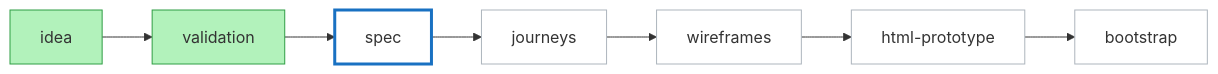
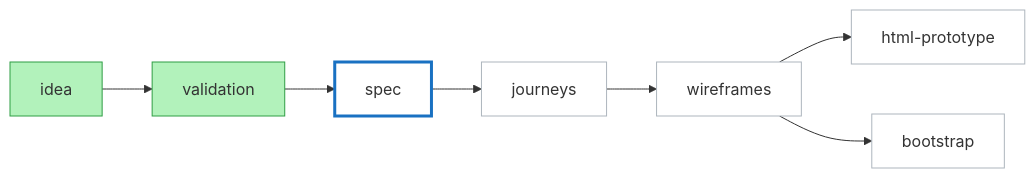
Before and after one commit to eibrahim95/fullstack-bootstrapper: the diagram in .agents/skills/project/references/progress.md, drawn with Mermaid. The commit also changed other lines of this file and 4 other files, not shown here.

Commit message:
feat(skills): hand html-prototype and bootstrap to parallel background threads

````diff
--- a/.agents/skills/project/references/progress.md
+++ b/.agents/skills/project/references/progress.md
@@ -38,12 +40,15 @@
 ```mermaid
 flowchart LR
-  idea --> validation --> spec --> journeys --> wireframes --> html-prototype --> bootstrap
+  idea --> validation --> spec --> journeys --> wireframes
+  wireframes --> html-prototype
+  wireframes --> bootstrap
   classDef done fill:#b2f2bb,stroke:#2f9e44
   classDef next fill:#fff,stroke:#1971c2,stroke-width:3px
   classDef failed fill:#ffc9c9,stroke:#e03131
+  classDef running fill:#fff3bf,stroke:#f08c00,stroke-width:3px
   classDef skipped fill:#e9ecef,stroke:#868e96,stroke-dasharray:4 3
   classDef pending fill:#fff,stroke:#adb5bd
   class idea,validation done
   class spec next
   class journeys,wireframes,html-prototype,bootstrap pending
 ```
````
